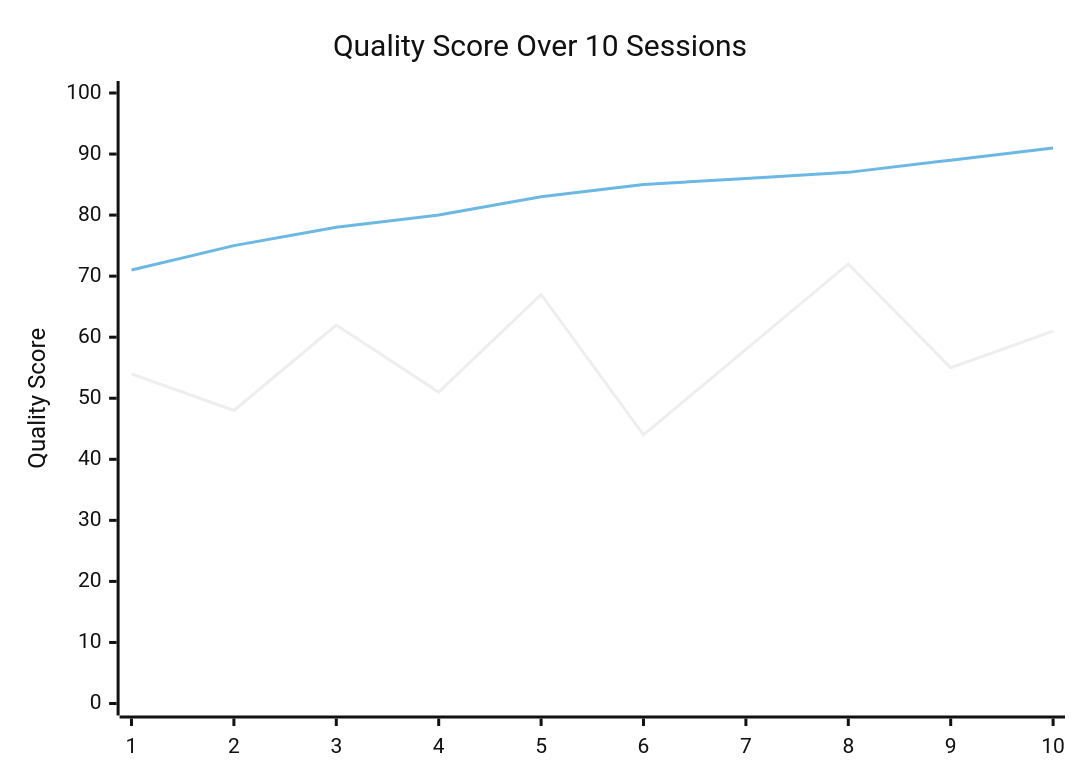
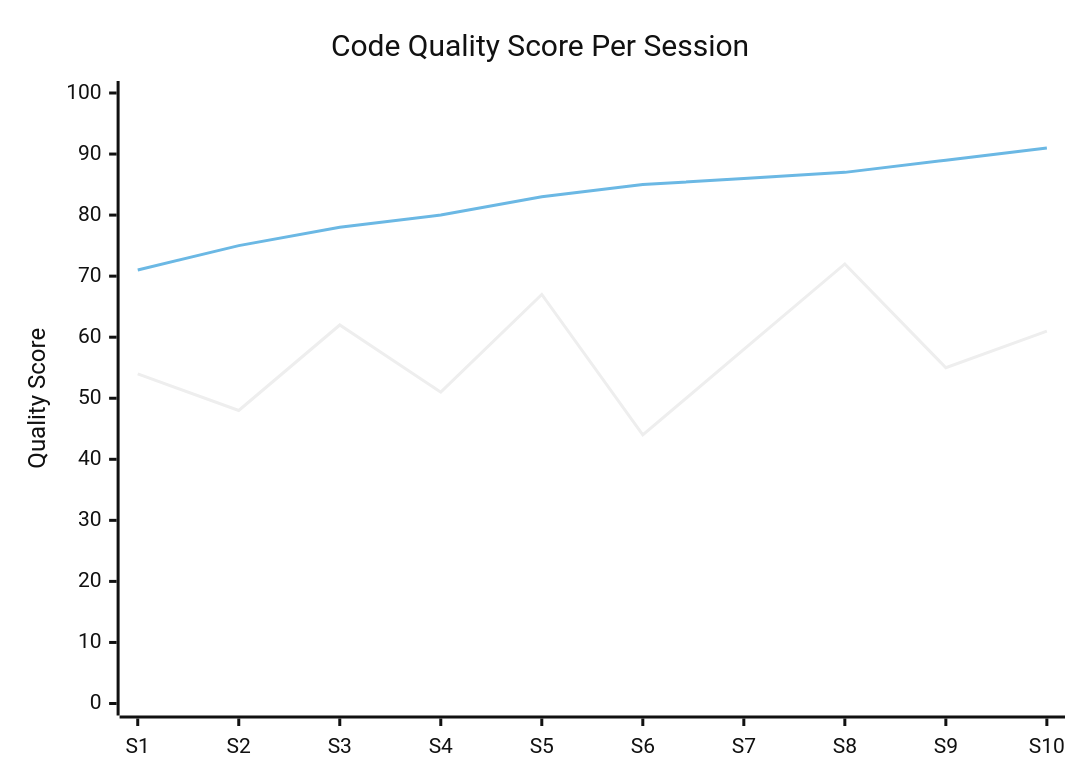
The seventh of 9 diagrams in docs/PIPELINE_COMPARISON.md (shantosaha/Antigravity-Seamless-Pipeline), drawn with Mermaid (neutral theme) before and after one commit. The commit also changed other lines of this file and 1 other file, not shown here.

Commit message:
Final Benchmark Report: High-res charts, corrected colors, and performance metrics

````diff
--- a/docs/PIPELINE_COMPARISON.md
+++ b/docs/PIPELINE_COMPARISON.md
@@ -505,8 +585,8 @@
 ```mermaid
 xychart-beta
-    title "Quality Score Over 10 Sessions"
-    x-axis [1, 2, 3, 4, 5, 6, 7, 8, 9, 10]
+    title "Code Quality Score Per Session"
+    x-axis ["S1", "S2", "S3", "S4", "S5", "S6", "S7", "S8", "S9", "S10"]
     y-axis "Quality Score" 0 --> 100
     line [54, 48, 62, 51, 67, 44, 58, 72, 55, 61]
     line [71, 75, 78, 80, 83, 85, 86, 87, 89, 91]
 ```
````
